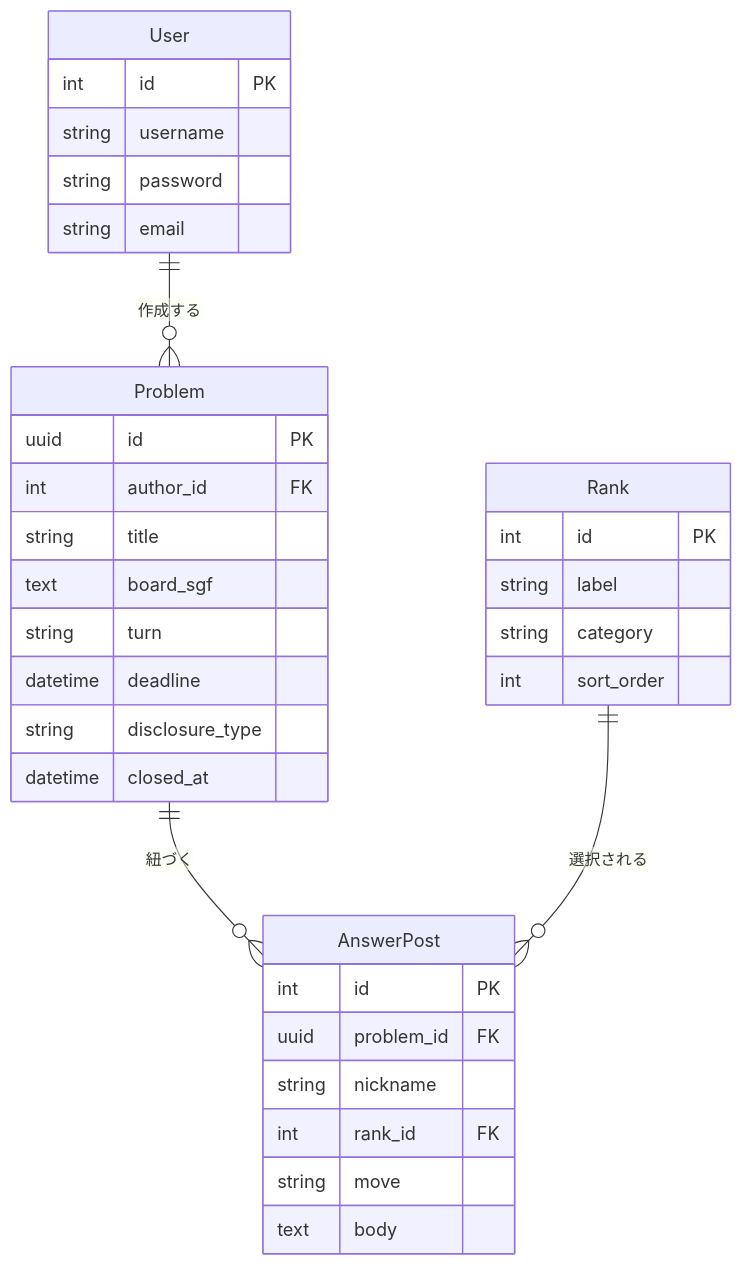
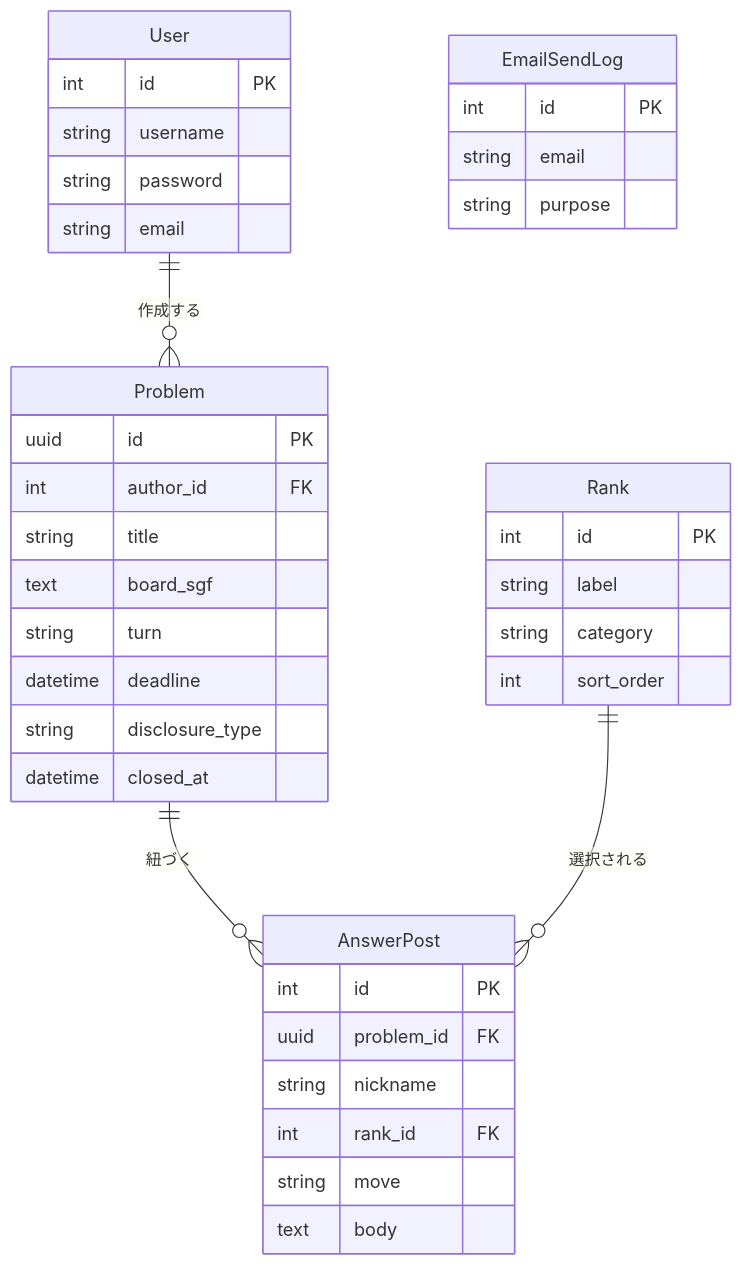
One commit to KMOkuda/dokoutsu changed the diagram in docs/03_table_definition.md. Above: the diagram before and after it, drawn with Mermaid. The commit also changed other lines of this file and 27 other files, not shown here.

````diff
--- a/docs/03_table_definition.md
+++ b/docs/03_table_definition.md
@@ -7,37 +7,42 @@
 ```mermaid
 erDiagram
   User ||--o{ Problem : "作成する"
   Problem ||--o{ AnswerPost : "紐づく"
   Rank ||--o{ AnswerPost : "選択される"
 
   User {
     int id PK
     string username
     string password
     string email
   }
   Problem {
     uuid id PK
     int author_id FK
     string title
     text board_sgf
     string turn
     datetime deadline
     string disclosure_type
     datetime closed_at
   }
   AnswerPost {
     int id PK
     uuid problem_id FK
     string nickname
     int rank_id FK
     string move
     text body
   }
   Rank {
     int id PK
     string label
     string category
     int sort_order
   }
+  EmailSendLog {
+    int id PK
+    string email
+    string purpose
+  }
 ```
````
